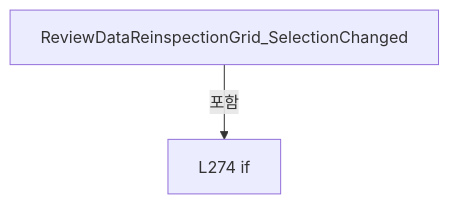
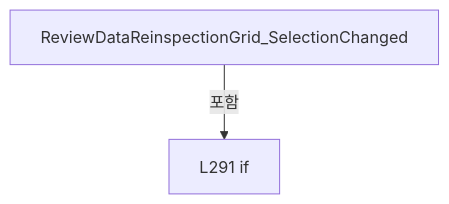
Before and after one commit to kjuws10-rgb/Shared: diagram 13 of 18 in A3 LD Code Ref/files/Drilling.UI/Views/CReviewDataView.xaml.cs.md, drawn with Mermaid. The commit also changed other lines of this file and 2071 other files, not shown here.

Commit message:
docs(a3): update 11.19.0 architecture and code reference

````diff
--- a/A3 LD Code Ref/files/Drilling.UI/Views/CReviewDataView.xaml.cs.md
+++ b/A3 LD Code Ref/files/Drilling.UI/Views/CReviewDataView.xaml.cs.md
@@ -1014,6 +1129,6 @@
 ```mermaid
 flowchart TD
  M["ReviewDataReinspectionGrid_SelectionChanged"]
- N0["L274 if"]
+ N0["L291 if"]
  M -->|포함| N0
 ```
````
